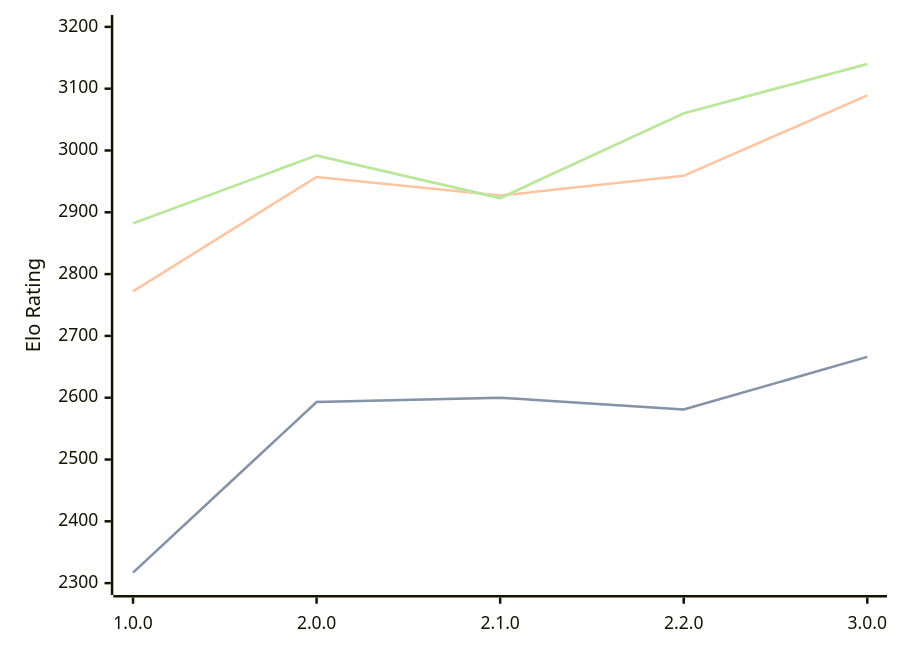
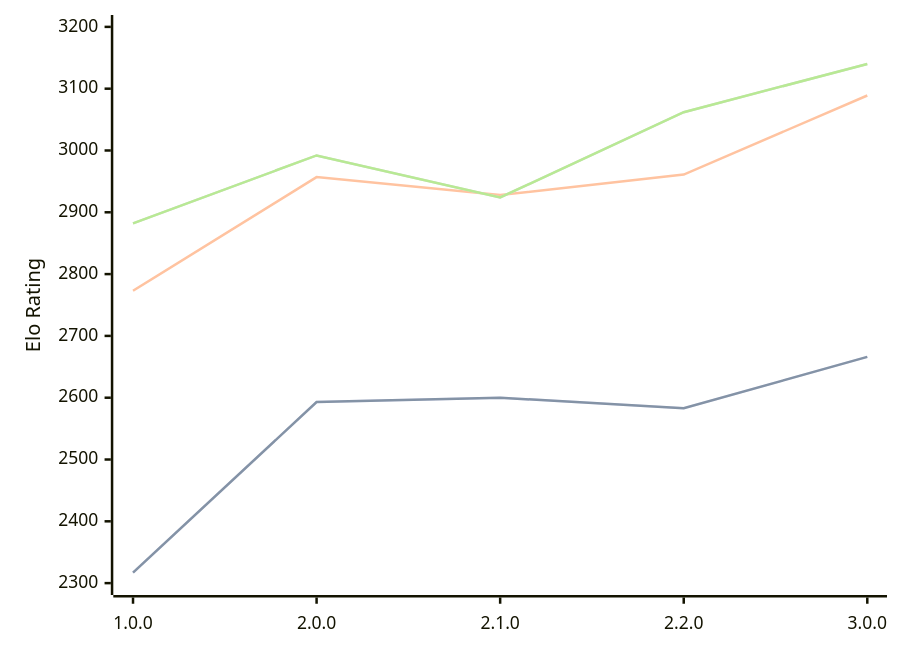
Before and after one commit to computer-chess-index/cci: the diagram in engines/Catalyst.md, drawn with Mermaid. The commit also changed other lines of this file, not shown here.

Commit message:
Update CCI Ratings (ELO VLTC) - 2026-10-08

````diff
--- a/engines/Catalyst.md
+++ b/engines/Catalyst.md
@@ -36,11 +36,11 @@
 ```mermaid
 %%{init: {"theme":"base","themeVariables":{"seriesColors:['#a3a3a3','#222221','#faa371']}}}%%
 xychart-beta
   x-axis ["1.0.0", "2.0.0", "2.1.0", "2.2.0", "3.0.0"]
   y-axis "Elo Rating" 2300 --> 3200
-  line "" [2317, 2593, 2600, 2581, 2666]
-  line "STC (8.0+0.08s)" [2317, 2593, 2600, 2581, 2666]
-  line "LTC (60.0+0.60s)" [2772, 2957, 2927, 2959, 3089]
-  line "" [2882, 2992, 2923, 3060, 3140]
-  line "VLTC (2m24s+1.12s)" [2882, 2992, 2923, 3060, 3140]
+  line "" [2317, 2593, 2600, 2583, 2666]
+  line "STC (8.0+0.08s)" [2317, 2593, 2600, 2583, 2666]
+  line "LTC (60.0+0.60s)" [2773, 2957, 2928, 2961, 3089]
+  line "" [2882, 2992, 2924, 3062, 3140]
+  line "VLTC (2m24s+1.12s)" [2882, 2992, 2924, 3062, 3140]
 ```
````
